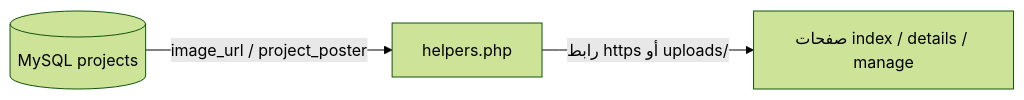
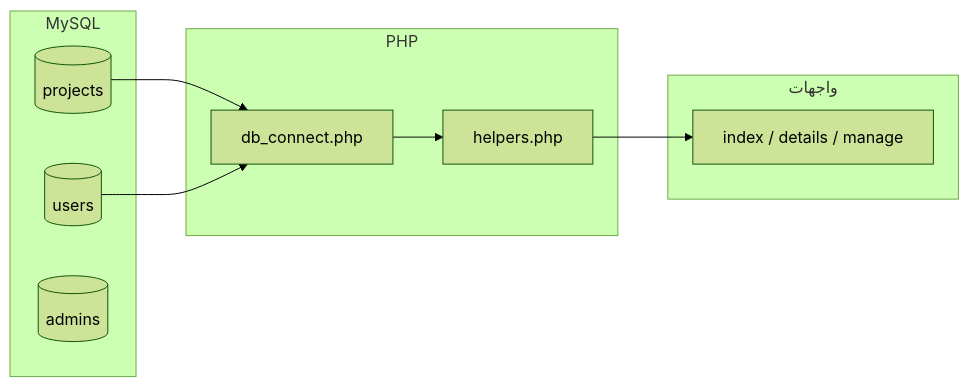
One commit to iksasa15/test1 changed the fifth of 5 diagrams in PAGE-SKETCHES.md. Above: the diagram before and after it, drawn with Mermaid (forest theme). The commit also changed other lines of this file, not shown here.

````diff
--- a/PAGE-SKETCHES.md
+++ b/PAGE-SKETCHES.md
@@ -183,6 +329,19 @@
 ```mermaid
 flowchart LR
-    DB[(MySQL projects)]
-    DB -->|image_url / project_poster| PHP[helpers.php]
-    PHP -->|رابط https أو uploads/| HTML[صفحات index / details / manage]
+    subgraph mysql [MySQL]
+        T1[(projects)]
+        T2[(users)]
+        T3[(admins)]
+    end
+    subgraph php [PHP]
+        DC[db_connect.php]
+        HP[helpers.php]
+    end
+    subgraph views [واجهات]
+        V1[index / details / manage]
+    end
+    T1 --> DC
+    T2 --> DC
+    DC --> HP
+    HP --> V1
 ```
````
